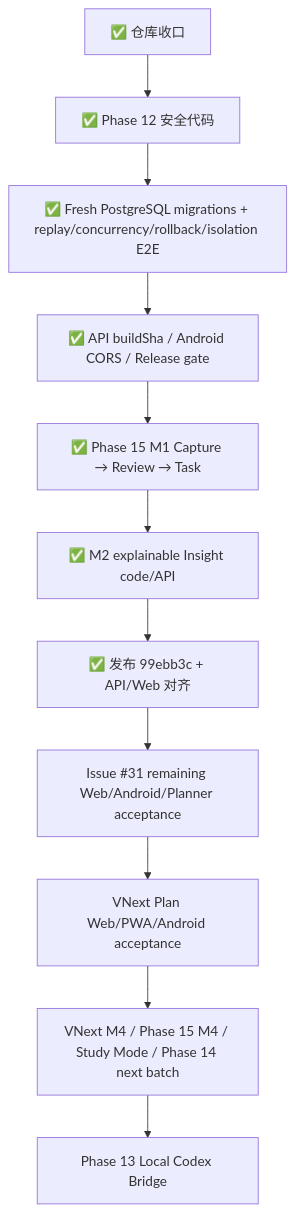
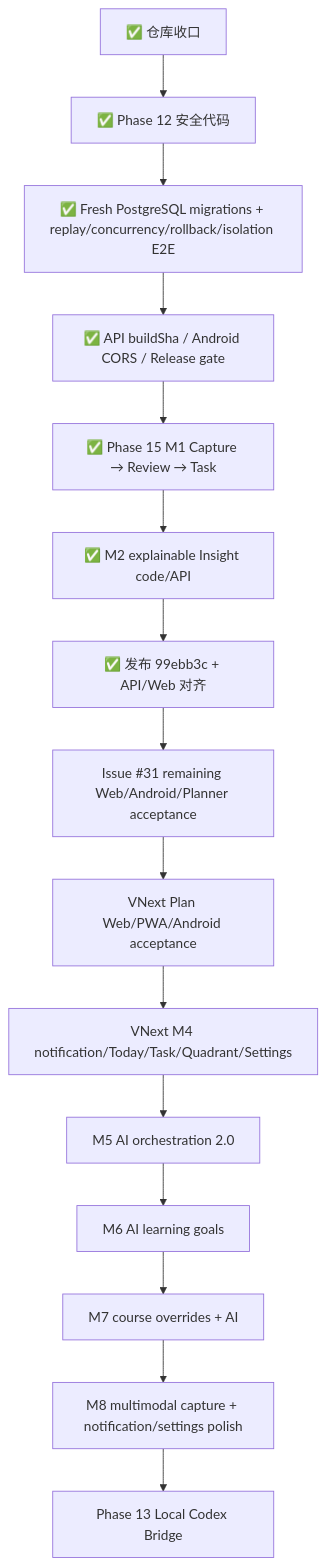
One commit to tiads031-boop/sparkflow changed the second of 2 diagrams in PROJECT_BLUEPRINT.md. Above: the diagram before and after it, drawn with Mermaid. The commit also changed other lines of this file, not shown here.

Commit message:
docs: align blueprint with AI-first VNext redesign

````diff
--- a/PROJECT_BLUEPRINT.md
+++ b/PROJECT_BLUEPRINT.md
@@ -301,13 +312,17 @@
 ```mermaid
 flowchart TD
     A["✅ 仓库收口"] --> B["✅ Phase 12 安全代码"]
     B --> C["✅ Fresh PostgreSQL migrations + replay/concurrency/rollback/isolation E2E"]
     C --> D["✅ API buildSha / Android CORS / Release gate"]
     D --> E["✅ Phase 15 M1 Capture → Review → Task"]
     E --> F["✅ M2 explainable Insight code/API"]
     F --> G["✅ 发布 99ebb3c + API/Web 对齐"]
     G --> H["Issue #31 remaining Web/Android/Planner acceptance"]
     H --> I["VNext Plan Web/PWA/Android acceptance"]
-    I --> K["VNext M4 / Phase 15 M4 / Study Mode / Phase 14 next batch"]
-    K --> J["Phase 13 Local Codex Bridge"]
+    I --> K["VNext M4 notification/Today/Task/Quadrant/Settings"]
+    K --> L["M5 AI orchestration 2.0"]
+    L --> M["M6 AI learning goals"]
+    M --> N["M7 course overrides + AI"]
+    N --> O["M8 multimodal capture + notification/settings polish"]
+    O --> J["Phase 13 Local Codex Bridge"]
 ```
````
